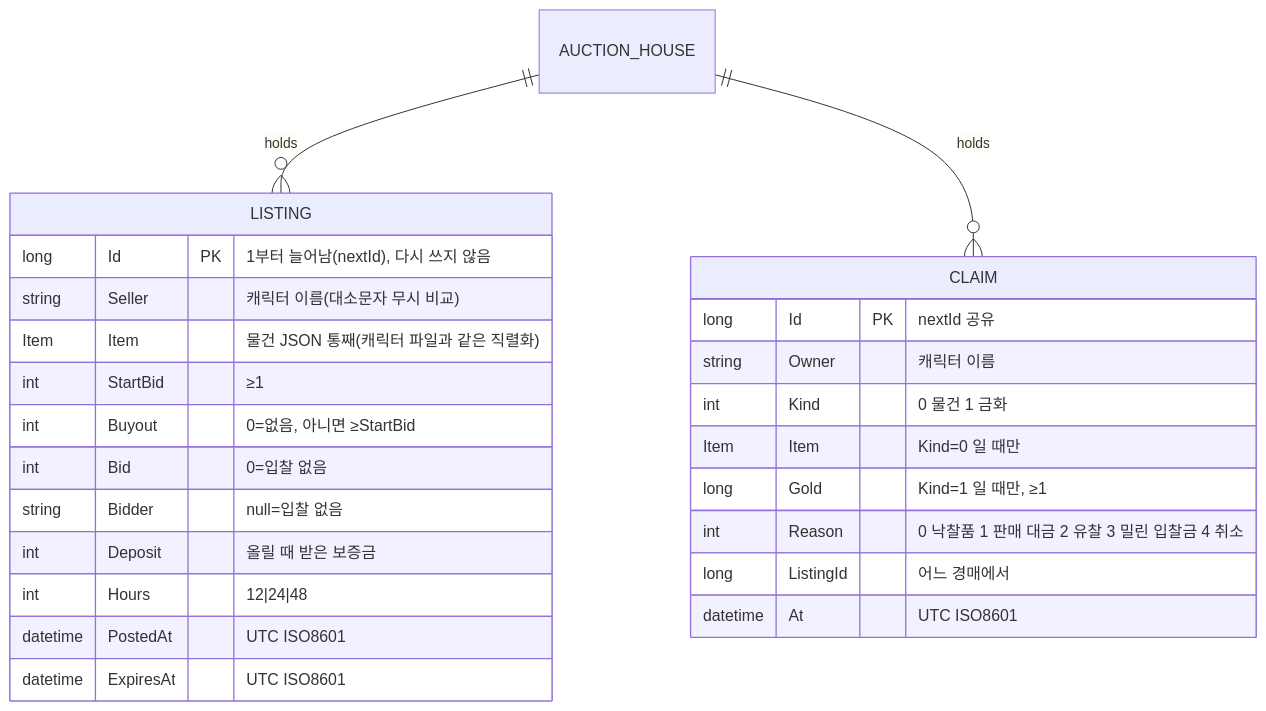
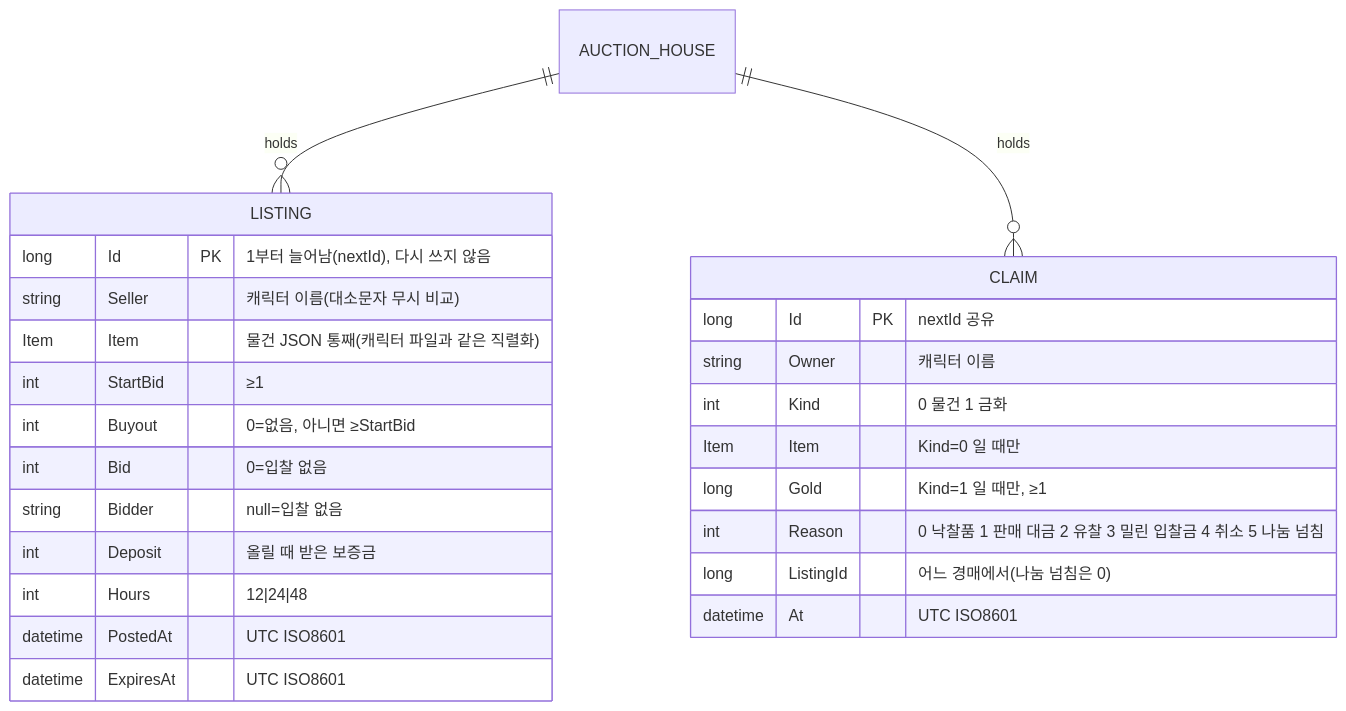
Before and after one commit to sangchane/LegendOfDarkness: the diagram in autopilot/loot-auction/05-api-contract.md, drawn with Mermaid. The commit also changed other lines of this file and 8 other files, not shown here.

````diff
--- a/autopilot/loot-auction/05-api-contract.md
+++ b/autopilot/loot-auction/05-api-contract.md
@@ -39,28 +41,28 @@
 ```mermaid
 erDiagram
   AUCTION_HOUSE ||--o{ LISTING : holds
   AUCTION_HOUSE ||--o{ CLAIM : holds
   LISTING {
     long Id PK "1부터 늘어남(nextId), 다시 쓰지 않음"
     string Seller "캐릭터 이름(대소문자 무시 비교)"
     Item Item "물건 JSON 통째(캐릭터 파일과 같은 직렬화)"
     int StartBid "≥1"
     int Buyout "0=없음, 아니면 ≥StartBid"
     int Bid "0=입찰 없음"
     string Bidder "null=입찰 없음"
     int Deposit "올릴 때 받은 보증금"
     int Hours "12|24|48"
     datetime PostedAt "UTC ISO8601"
     datetime ExpiresAt "UTC ISO8601"
   }
   CLAIM {
     long Id PK "nextId 공유"
     string Owner "캐릭터 이름"
     int Kind "0 물건 1 금화"
     Item Item "Kind=0 일 때만"
     long Gold "Kind=1 일 때만, ≥1"
-    int Reason "0 낙찰품 1 판매 대금 2 유찰 3 밀린 입찰금 4 취소"
-    long ListingId "어느 경매에서"
+    int Reason "0 낙찰품 1 판매 대금 2 유찰 3 밀린 입찰금 4 취소 5 나눔 넘침"
+    long ListingId "어느 경매에서(나눔 넘침은 0)"
     datetime At "UTC ISO8601"
   }
 ```
````
